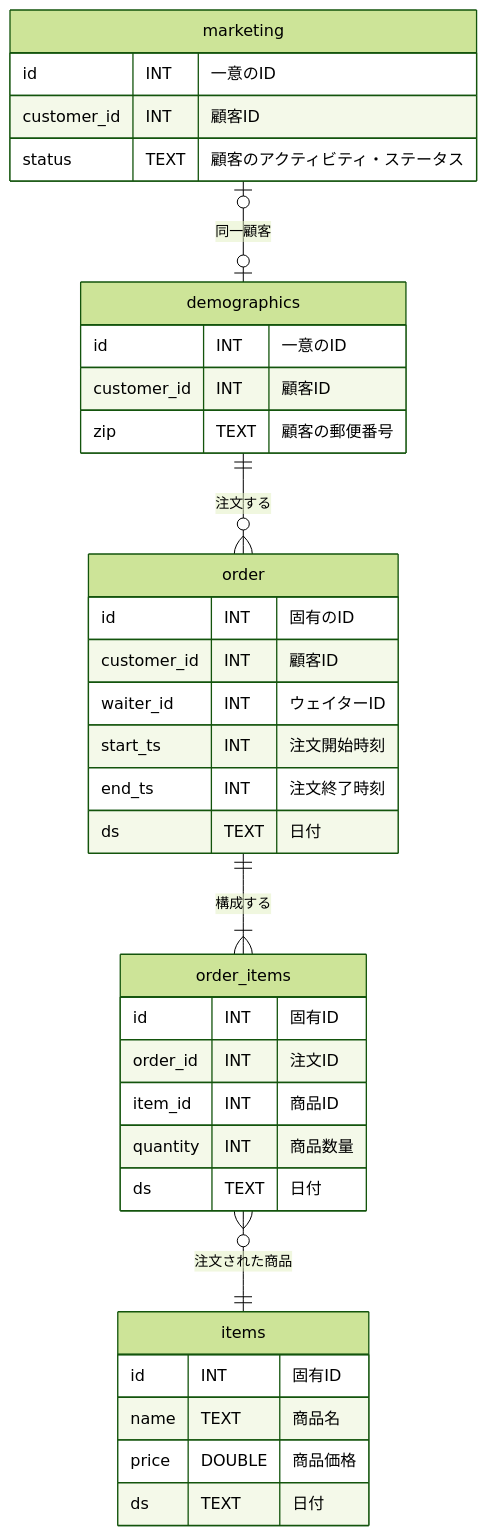
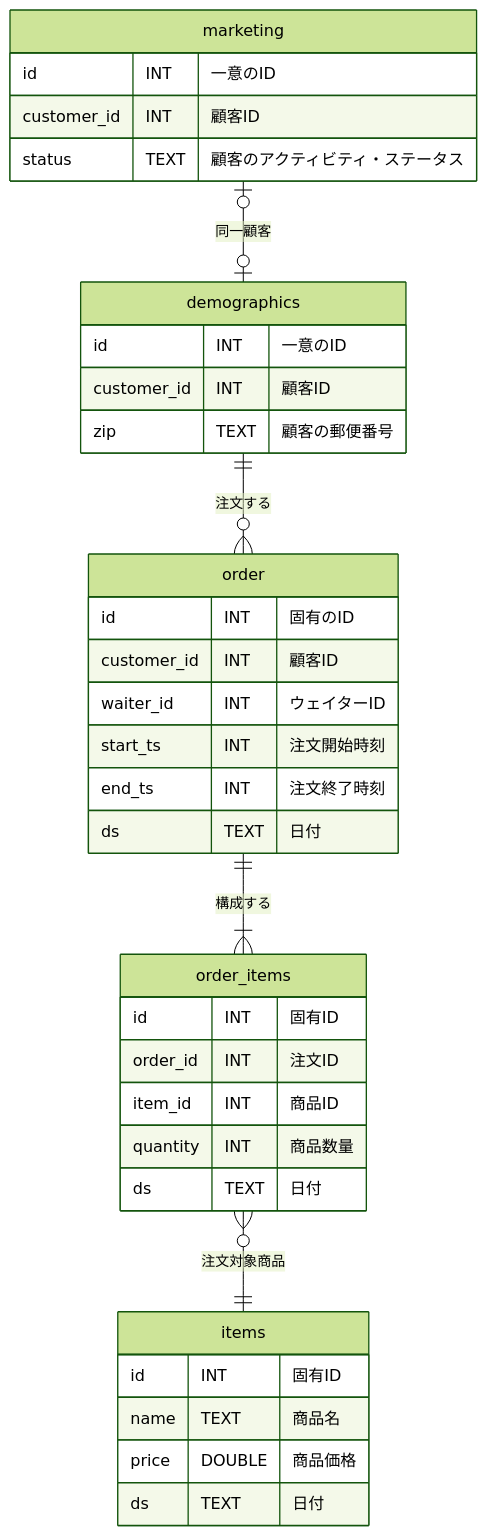
The diagram in articles/8752f660373534.md (take0a/zenn-docs), drawn with Mermaid (forest theme) before and after one commit. The commit also changed other lines of this file, not shown here.

````diff
--- a/articles/8752f660373534.md
+++ b/articles/8752f660373534.md
@@ -23,38 +23,38 @@
 ```mermaid
 erDiagram
     marketing |o--o| demographics : "同一顧客"
     demographics ||--o{ order : "注文する"
     order ||--|{ order_items : "構成する"
-    order_items }o--|| items : "注文された商品"
+    order_items }o--|| items : "注文対象商品"
     marketing {
         id INT "一意のID"
         customer_id INT "顧客ID"
         status TEXT "顧客のアクティビティ・ステータス"
     }
     demographics {
         id INT "一意のID"
         customer_id INT "顧客ID"
         zip TEXT "顧客の郵便番号"
     }
     order {
         id INT "固有のID"
         customer_id INT "顧客ID"
         waiter_id INT "ウェイターID"
         start_ts INT "注文開始時刻"
         end_ts INT "注文終了時刻"
         ds TEXT "日付"
     }
     order_items {
         id INT "固有ID"
         order_id INT "注文ID"
         item_id INT "商品ID"
         quantity INT "商品数量"
         ds TEXT "日付"
     }
     items {
         id INT "固有ID"
         name TEXT "商品名"
         price DOUBLE "商品価格"
         ds TEXT "日付"
     }
 ```
````
